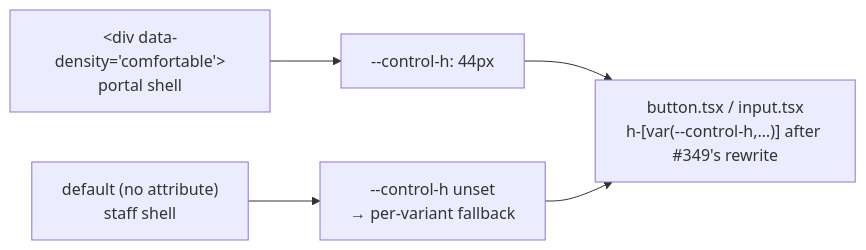
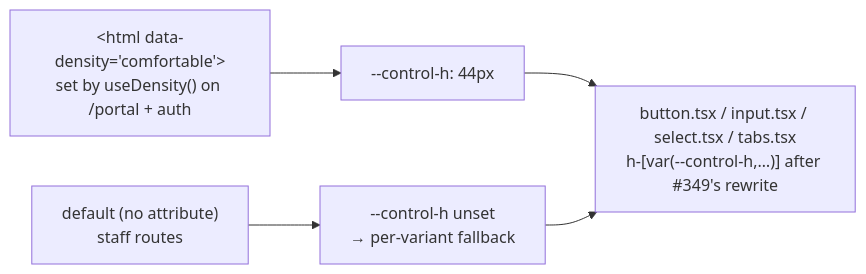
Before and after one commit to tareq89/biddaloy: the seventh of 8 diagrams in docs/architecture/09-design-direction.md, drawn with Mermaid. The commit also changed other lines of this file and 28 other files, not shown here.

````diff
--- a/docs/architecture/09-design-direction.md
+++ b/docs/architecture/09-design-direction.md
@@ -623,7 +623,7 @@
 ```mermaid
 flowchart LR
-  S["&lt;div data-density='comfortable'&gt;<br/>portal shell"] --> V["--control-h: 44px"]
-  D["default (no attribute)<br/>staff shell"] --> V2["--control-h unset<br/>→ per-variant fallback"]
-  V --> B["button.tsx / input.tsx<br/>h-[var(--control-h,…)] after #349's rewrite"]
+  S["&lt;html data-density='comfortable'&gt;<br/>set by useDensity() on /portal + auth"] --> V["--control-h: 44px"]
+  D["default (no attribute)<br/>staff routes"] --> V2["--control-h unset<br/>→ per-variant fallback"]
+  V --> B["button.tsx / input.tsx / select.tsx / tabs.tsx<br/>h-[var(--control-h,…)] after #349's rewrite"]
   V2 --> B
 ```
````
